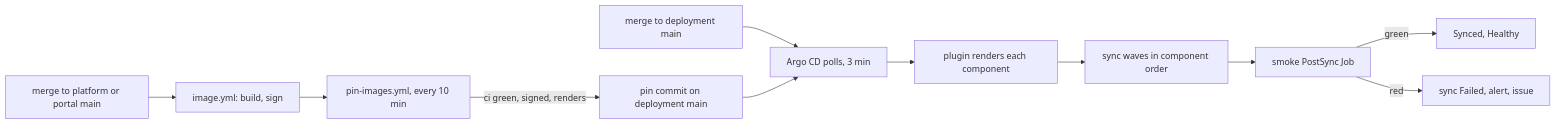
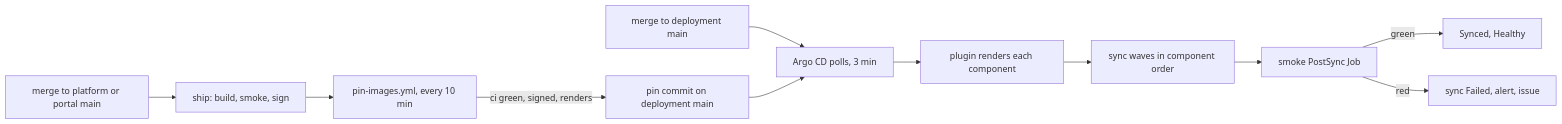
One commit to marek-mraz-jc/joinedcontext-docs changed the diagram in Deployment/15-gitops.md. Above: the diagram before and after it, drawn with Mermaid. The commit also changed 1 other file, not shown here.

Commit message:
T-4721: Testing strategy: the ship lane (light checks, dev-<N>), full suites nightly and promote to :<N>
Claude-Session: https://claude.ai/code/session_01FciGPXqnL66gD7HNaRVv5a

````diff
--- a/Deployment/15-gitops.md
+++ b/Deployment/15-gitops.md
@@ -13,13 +13,13 @@
 ```mermaid
 flowchart LR
   A[merge to deployment main] --> B[Argo CD polls, 3 min]
-  P[merge to platform or portal main] --> I[image.yml: build, sign]
+  P[merge to platform or portal main] --> I[ship: build, smoke, sign]
   I --> W[pin-images.yml, every 10 min]
   W -->|ci green, signed, renders| C[pin commit on deployment main]
   C --> B
   B --> R[plugin renders each component]
   R --> S[sync waves in component order]
   S --> K[smoke PostSync Job]
   K -->|green| G[Synced, Healthy]
   K -->|red| F[sync Failed, alert, issue]
 ```
````
